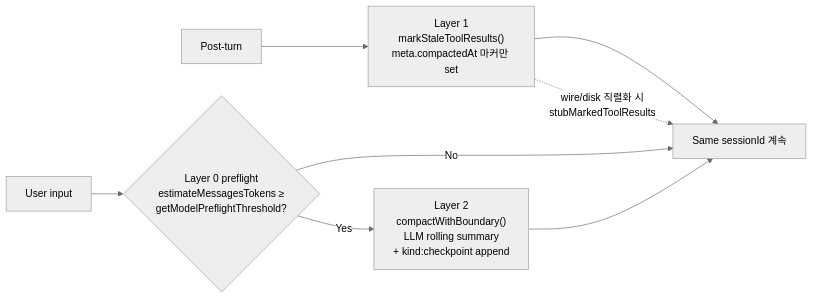
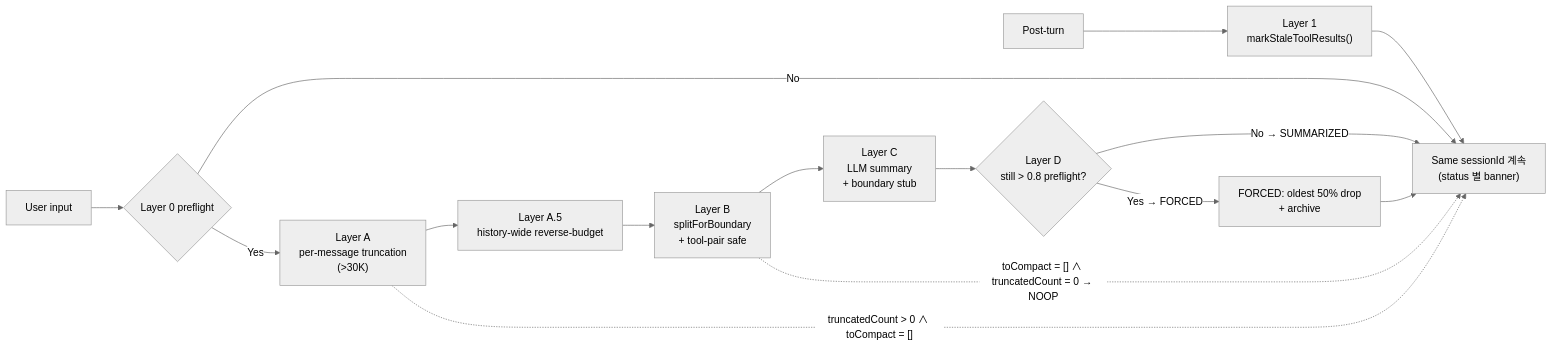
Diagram 11 of 44 in docs/architecture/architecture.md (lvis-project/lvis-app), drawn with Mermaid (neutral theme) before and after one commit. The commit also changed other lines of this file and 12 other files, not shown here.

````diff
--- a/docs/architecture/architecture.md
+++ b/docs/architecture/architecture.md
@@ -823,15 +847,23 @@
 ```mermaid
 flowchart LR
     PostTurn["Post-turn"]
     UserInput["User input"]
-    MarkStale["Layer 1<br/>markStaleToolResults()<br/>meta.compactedAt 마커만 set"]
-    Preflight{"Layer 0 preflight<br/>estimateMessagesTokens ≥<br/>getModelPreflightThreshold?"}
-    LLMCompact["Layer 2<br/>compactWithBoundary()<br/>LLM rolling summary<br/>+ kind:checkpoint append"]
-    Continue["Same sessionId 계속"]
+    MarkStale["Layer 1<br/>markStaleToolResults()"]
+    Preflight{"Layer 0 preflight"}
+    LayerA["Layer A<br/>per-message truncation<br/>(>30K)"]
+    LayerAHalf["Layer A.5<br/>history-wide reverse-budget"]
+    LayerB["Layer B<br/>splitForBoundary<br/>+ tool-pair safe"]
+    LayerC["Layer C<br/>LLM summary<br/>+ boundary stub"]
+    LayerD{"Layer D<br/>still > 0.8 preflight?"}
+    Forced["FORCED: oldest 50% drop<br/>+ archive"]
+    Continue["Same sessionId 계속<br/>(status 별 banner)"]
 
     PostTurn --> MarkStale --> Continue
     UserInput --> Preflight
     Preflight -->|"No"| Continue
-    Preflight -->|"Yes"| LLMCompact --> Continue
-    MarkStale -.->|"wire/disk 직렬화 시<br/>stubMarkedToolResults"| Continue
+    Preflight -->|"Yes"| LayerA --> LayerAHalf --> LayerB --> LayerC --> LayerD
+    LayerD -->|"No → SUMMARIZED"| Continue
+    LayerD -->|"Yes → FORCED"| Forced --> Continue
+    LayerA -.->|"truncatedCount > 0 ∧ toCompact = []"| Continue
+    LayerB -.->|"toCompact = [] ∧ truncatedCount = 0 → NOOP"| Continue
 ```
````
